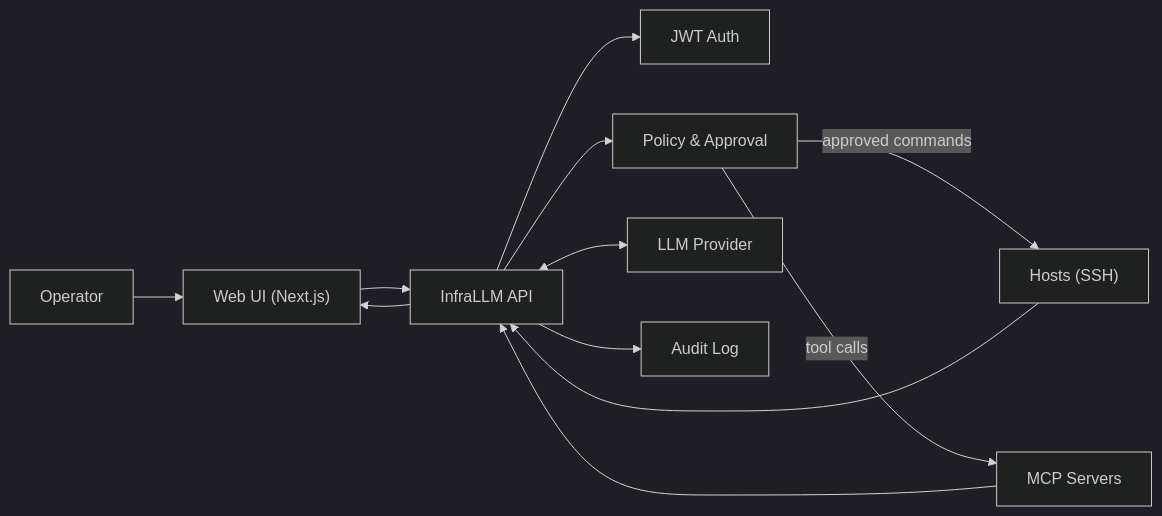
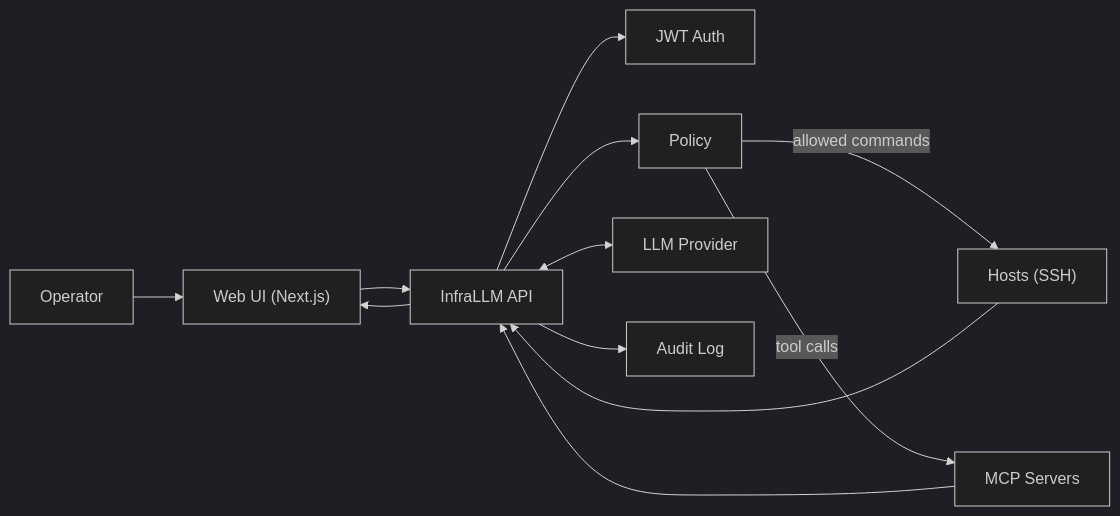
One commit to jd174/InfraLLM changed the diagram in README.md. Above: the diagram before and after it, drawn with Mermaid (dark theme). The commit also changed other lines of this file and 22 other files, not shown here.

````diff
--- a/README.md
+++ b/README.md
@@ -39,14 +39,14 @@
 ```mermaid
 flowchart LR
 	U["Operator"] --> UI["Web UI (Next.js)"]
 	UI --> API["InfraLLM API"]
 	API --> AUTH["JWT Auth"]
-	API --> POLICY["Policy & Approval"]
+	API --> POLICY["Policy"]
 	API <--> LLM["LLM Provider"]
-	POLICY -- "approved commands" --> HOSTS["Hosts (SSH)"]
+	POLICY -- "allowed commands" --> HOSTS["Hosts (SSH)"]
 	POLICY -- "tool calls" --> MCP["MCP Servers"]
 	HOSTS --> API
 	MCP --> API
 	API --> AUDIT["Audit Log"]
 	API --> UI
 ```
````
